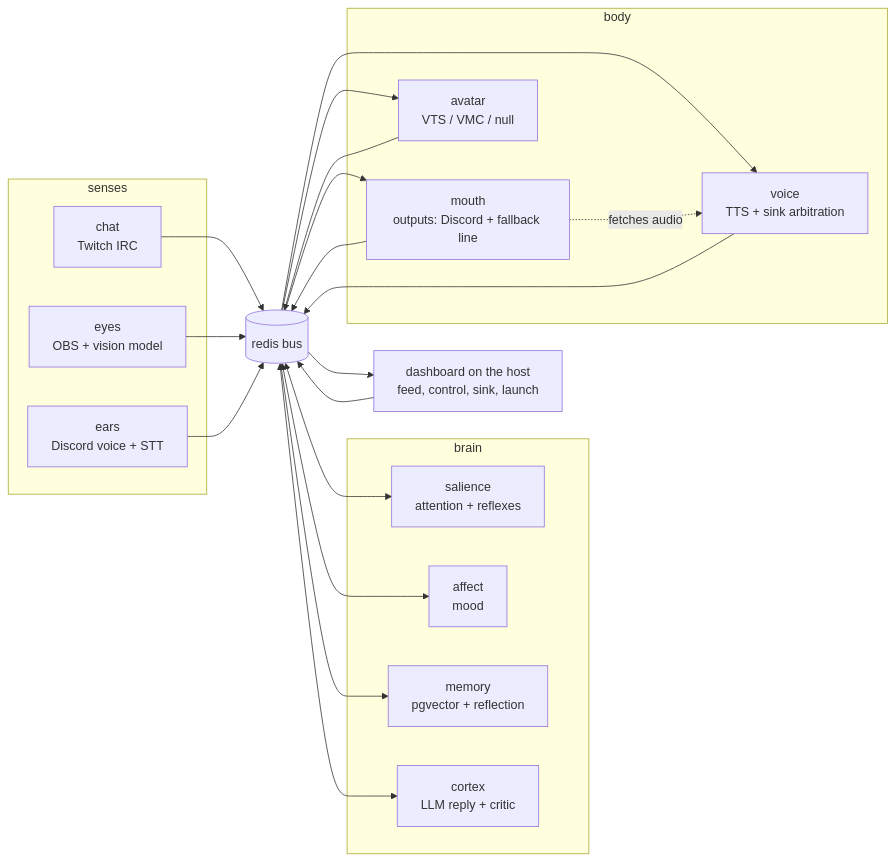
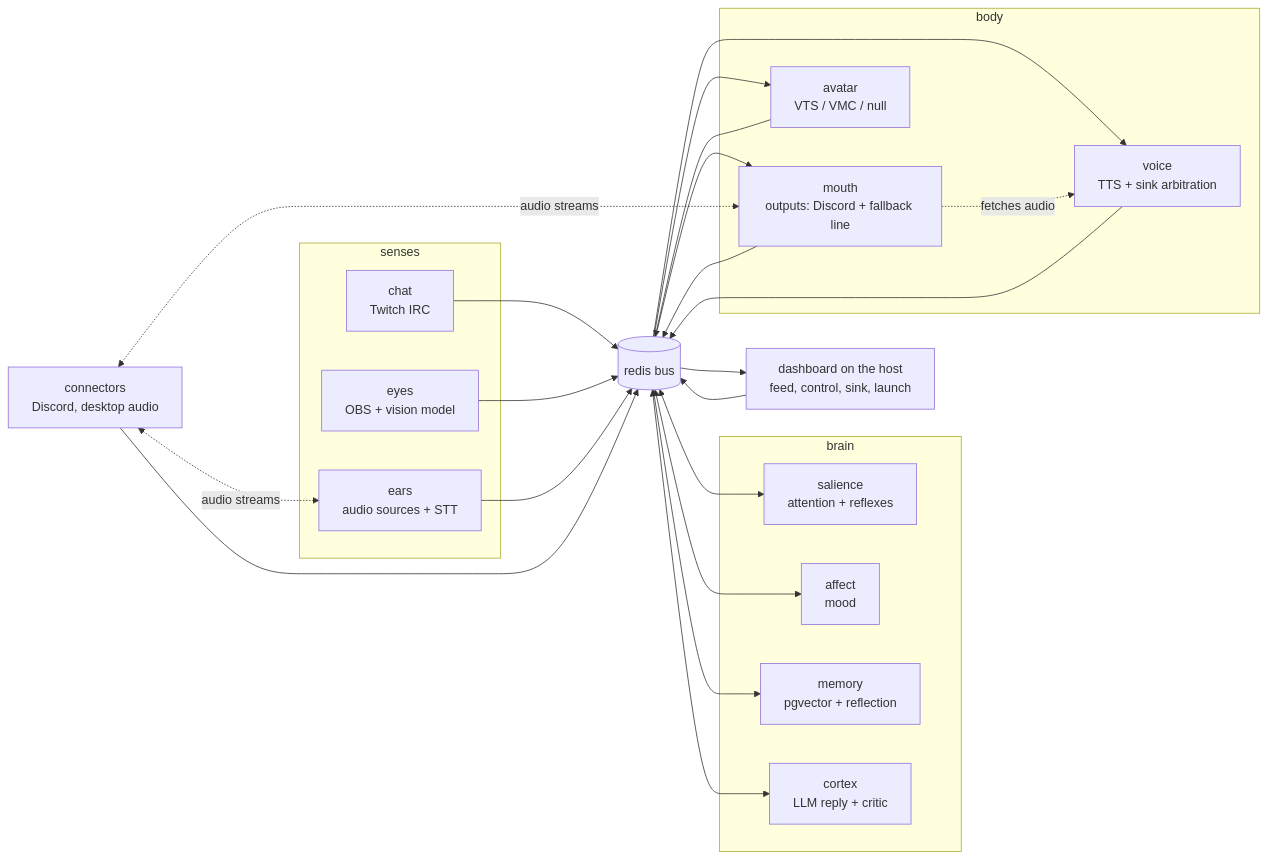
One commit to CoderCoco-Studios/cohost changed the diagram in docs/high-level-design.md. Above: the diagram before and after it, drawn with Mermaid. The commit also changed other lines of this file and 129 other files, not shown here.

First line of the commit message:
feat: connector protocol, Discord connector, multi-source ears (#121)

````diff
--- a/docs/high-level-design.md
+++ b/docs/high-level-design.md
@@ -289,30 +302,33 @@
 ```mermaid
 flowchart LR
   subgraph senses
     chat[chat<br/>Twitch IRC]
     eyes[eyes<br/>OBS + vision model]
-    ears[ears<br/>Discord voice + STT]
+    ears[ears<br/>audio sources + STT]
   end
   subgraph brain
     salience[salience<br/>attention + reflexes]
     affect[affect<br/>mood]
     memory[memory<br/>pgvector + reflection]
     cortex[cortex<br/>LLM reply + critic]
   end
   subgraph body
     voice[voice<br/>TTS + sink arbitration]
     mouth[mouth<br/>outputs: Discord + fallback line]
     avatar[avatar<br/>VTS / VMC / null]
   end
   dashboard[dashboard on the host<br/>feed, control, sink, launch]
+  connectors[connectors<br/>Discord, desktop audio]
   bus[(redis bus)]
 
   chat & eyes & ears --> bus
   bus <--> salience & affect & memory & cortex
   bus --> voice & mouth & avatar & dashboard
   voice --> bus
   mouth --> bus
   avatar --> bus
   dashboard --> bus
   mouth -. fetches audio .-> voice
+  connectors <-. audio streams .-> ears & mouth
+  connectors --> bus
 ```
````
